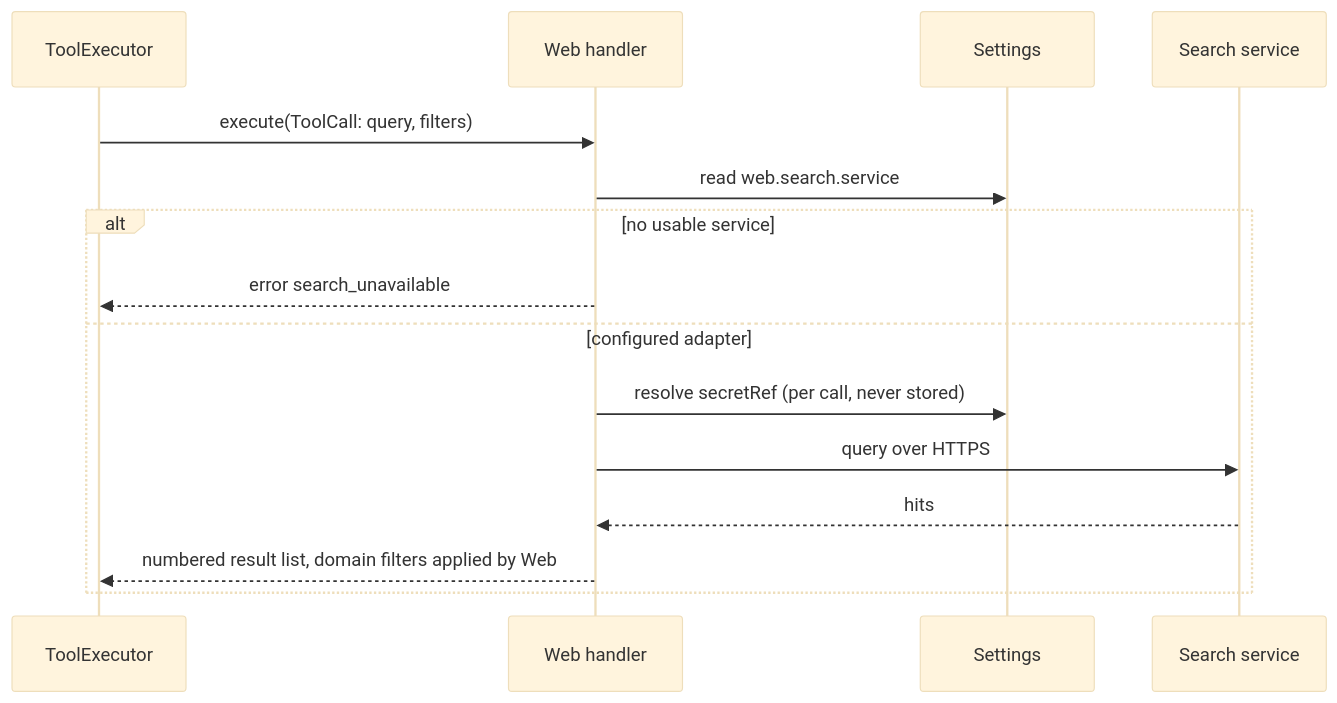
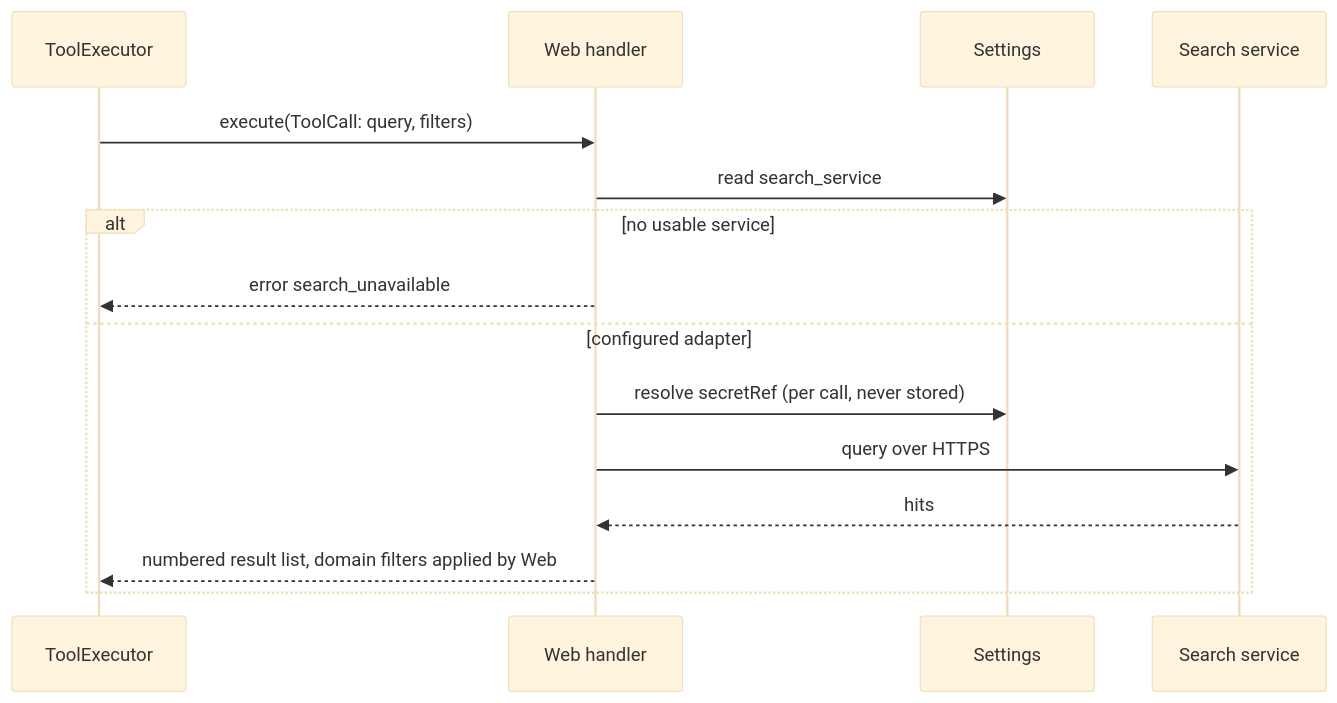
Before and after one commit to CoutinhoTTS/dim-agent: the fourth of 5 diagrams in docs/design/plugins/Web.md, drawn with Mermaid (base theme). The commit also changed other lines of this file and 27 other files, not shown here.

````diff
--- a/docs/design/plugins/Web.md
+++ b/docs/design/plugins/Web.md
@@ -89,17 +89,17 @@
 ```mermaid
 sequenceDiagram
   participant X as ToolExecutor
   participant W as Web handler
   participant S as Settings
   participant Q as Search service
   X->>W: execute(ToolCall: query, filters)
-  W->>S: read web.search.service
+  W->>S: read search_service
   alt no usable service
     W-->>X: error search_unavailable
   else configured adapter
     W->>S: resolve secretRef (per call, never stored)
     W->>Q: query over HTTPS
     Q-->>W: hits
     W-->>X: numbered result list, domain filters applied by Web
   end
 ```
````
